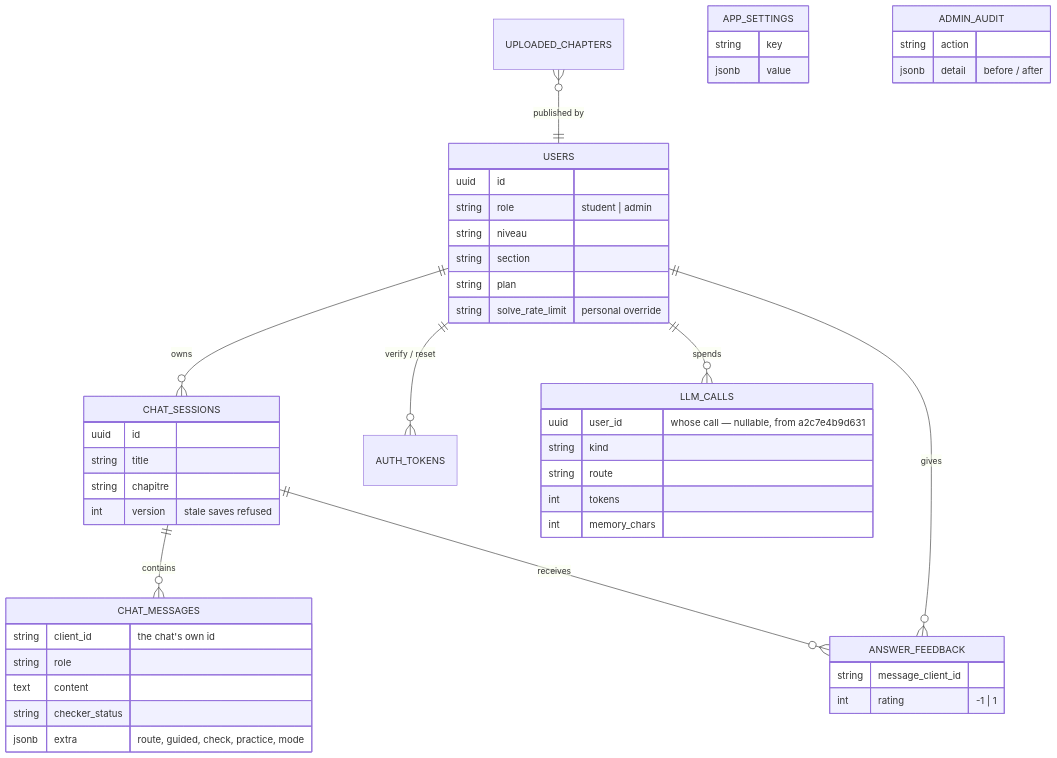
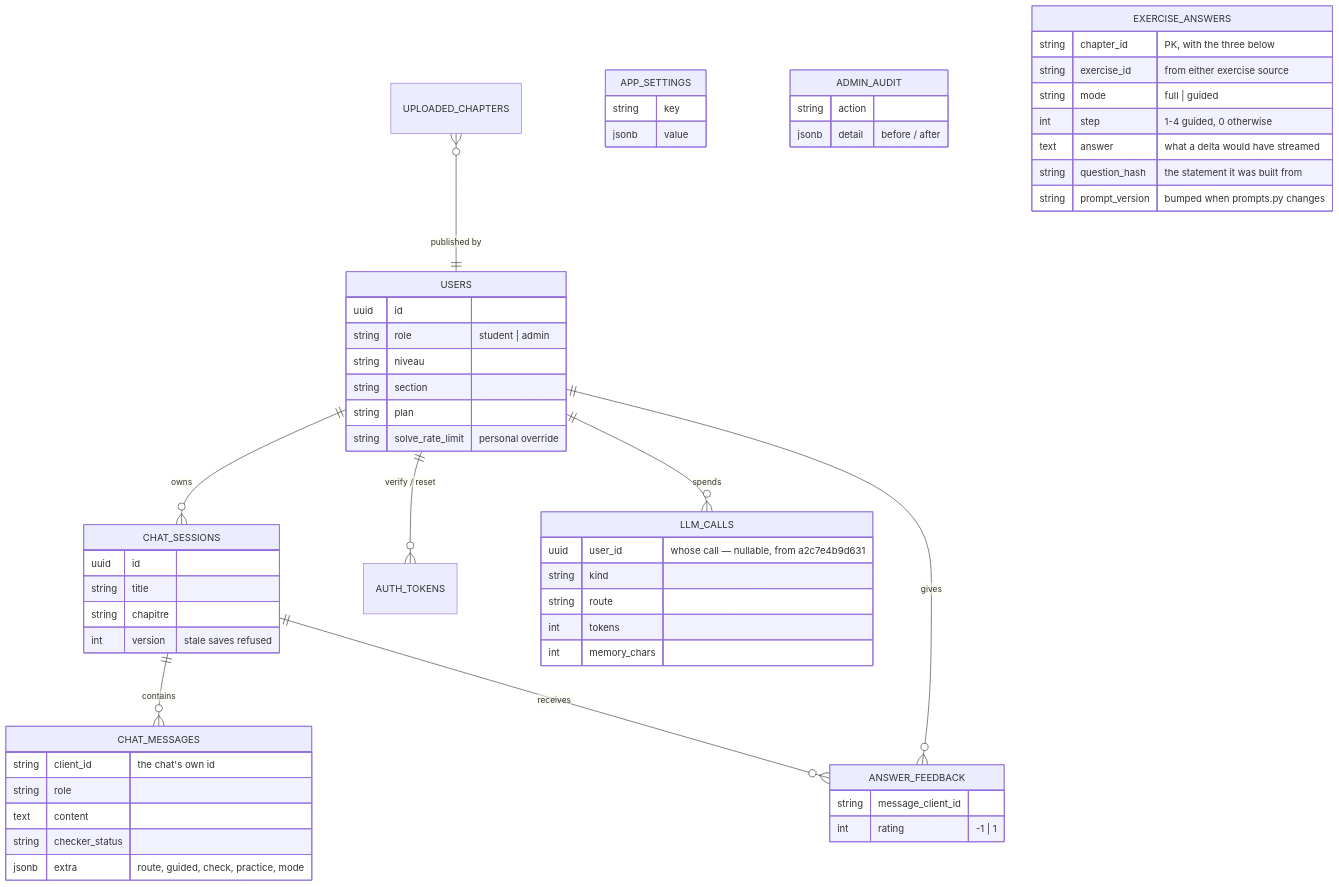
Before and after one commit to Mortadha994/fahem: the sixth of 6 diagrams in README.md, drawn with Mermaid. The commit also changed other lines of this file and 7 other files, not shown here.

````diff
--- a/README.md
+++ b/README.md
@@ -275,51 +276,60 @@
 ```mermaid
 erDiagram
     USERS ||--o{ CHAT_SESSIONS : owns
     CHAT_SESSIONS ||--o{ CHAT_MESSAGES : contains
     CHAT_SESSIONS ||--o{ ANSWER_FEEDBACK : receives
     USERS ||--o{ ANSWER_FEEDBACK : gives
     USERS ||--o{ AUTH_TOKENS : "verify / reset"
     USERS ||--o{ LLM_CALLS : spends
     UPLOADED_CHAPTERS }o--|| USERS : "published by"
 
     USERS {
         uuid id
         string role "student | admin"
         string niveau
         string section
         string plan
         string solve_rate_limit "personal override"
     }
     CHAT_SESSIONS {
         uuid id
         string title
         string chapitre
         int version "stale saves refused"
     }
     CHAT_MESSAGES {
         string client_id "the chat's own id"
         string role
         text content
         string checker_status
         jsonb extra "route, guided, check, practice, mode"
     }
     ANSWER_FEEDBACK {
         string message_client_id
         int rating "-1 | 1"
     }
     LLM_CALLS {
         uuid user_id "whose call — nullable, from a2c7e4b9d631"
         string kind
         string route
         int tokens
         int memory_chars
     }
     APP_SETTINGS {
         string key
         jsonb value
     }
     ADMIN_AUDIT {
         string action
         jsonb detail "before / after"
     }
+    EXERCISE_ANSWERS {
+        string chapter_id "PK, with the three below"
+        string exercise_id "from either exercise source"
+        string mode "full | guided"
+        int step "1-4 guided, 0 otherwise"
+        text answer "what a delta would have streamed"
+        string question_hash "the statement it was built from"
+        string prompt_version "bumped when prompts.py changes"
+    }
 ```
````
